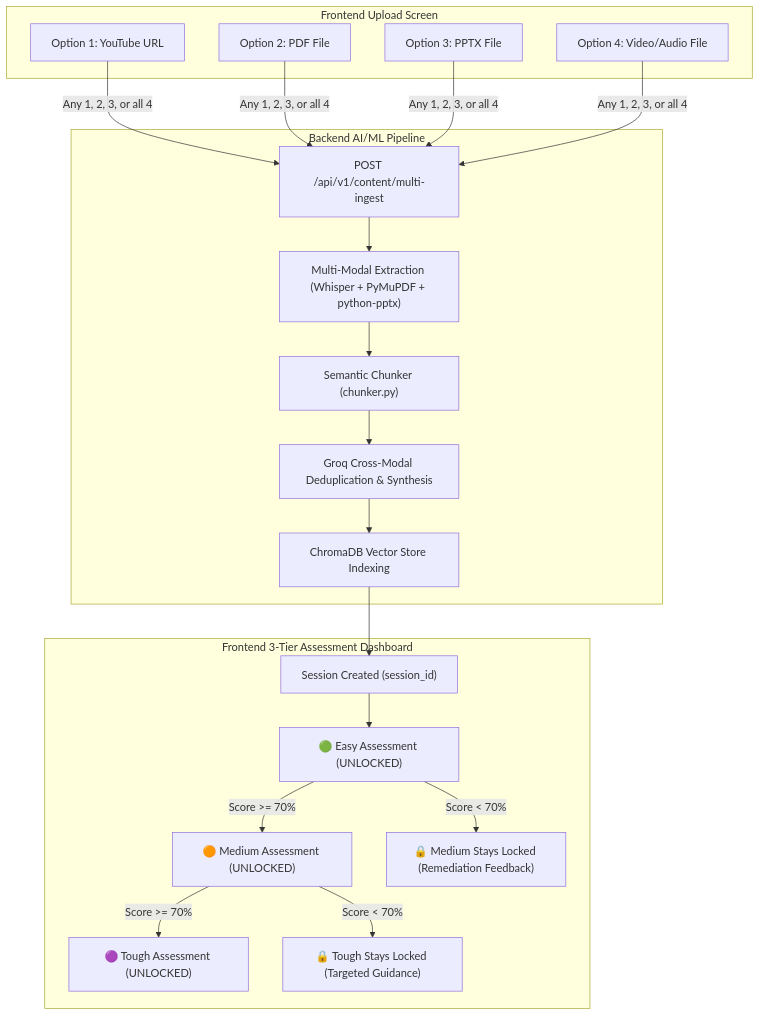
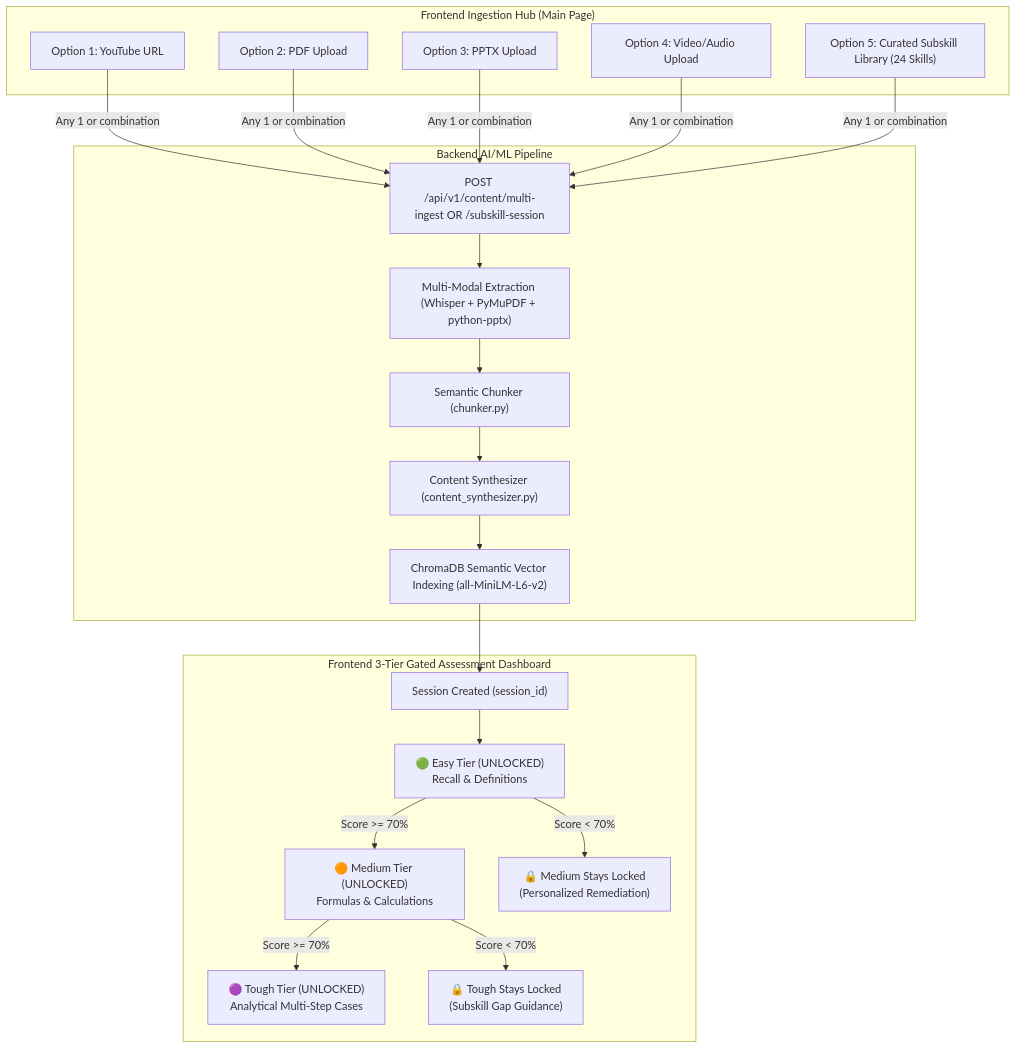
One commit to ankit-choubey/GyanSetu_V1 changed the diagram in DEVRAJ_FRONTEND_INTEGRATION_GUIDE.md. Above: the diagram before and after it, drawn with Mermaid. The commit also changed other lines of this file and 1 other file, not shown here.

Commit message:
docs: add 24 subskills library to frontend guide and create backend integration guide for Ankit

````diff
--- a/DEVRAJ_FRONTEND_INTEGRATION_GUIDE.md
+++ b/DEVRAJ_FRONTEND_INTEGRATION_GUIDE.md
@@ -24,28 +31,29 @@
 ```mermaid
 flowchart TD
-    subgraph UI ["Frontend Upload Screen"]
+    subgraph UI ["Frontend Ingestion Hub (Main Page)"]
         U1["Option 1: YouTube URL"]
-        U2["Option 2: PDF File"]
-        U3["Option 3: PPTX File"]
-        U4["Option 4: Video/Audio File"]
+        U2["Option 2: PDF Upload"]
+        U3["Option 3: PPTX Upload"]
+        U4["Option 4: Video/Audio Upload"]
+        U5["Option 5: Curated Subskill Library (24 Skills)"]
     end
 
-    U1 & U2 & U3 & U4 -->|"Any 1, 2, 3, or all 4"| INGEST["POST /api/v1/content/multi-ingest"]
+    U1 & U2 & U3 & U4 & U5 -->|"Any 1 or combination"| INGEST["POST /api/v1/content/multi-ingest OR /subskill-session"]
 
     subgraph BACKEND ["Backend AI/ML Pipeline"]
         INGEST --> PARSE["Multi-Modal Extraction (Whisper + PyMuPDF + python-pptx)"]
         PARSE --> CHUNK["Semantic Chunker (chunker.py)"]
-        CHUNK --> SYNTH["Groq Cross-Modal Deduplication & Synthesis"]
-        SYNTH --> VEC["ChromaDB Vector Store Indexing"]
+        CHUNK --> SYNTH["Content Synthesizer (content_synthesizer.py)"]
+        SYNTH --> VEC["ChromaDB Semantic Vector Indexing (all-MiniLM-L6-v2)"]
     end
 
     VEC --> SESS["Session Created (session_id)"]
 
-    subgraph ASSESSMENT ["Frontend 3-Tier Assessment Dashboard"]
-        SESS --> B1["🟢 Easy Assessment (UNLOCKED)"]
-        B1 -->|"Score >= 70%"| B2["🟠 Medium Assessment (UNLOCKED)"]
-        B1 -->|"Score < 70%"| L1["🔒 Medium Stays Locked (Remediation Feedback)"]
-        B2 -->|"Score >= 70%"| B3["🟣 Tough Assessment (UNLOCKED)"]
-        B2 -->|"Score < 70%"| L2["🔒 Tough Stays Locked (Targeted Guidance)"]
+    subgraph ASSESSMENT ["Frontend 3-Tier Gated Assessment Dashboard"]
+        SESS --> B1["🟢 Easy Tier (UNLOCKED)\nRecall & Definitions"]
+        B1 -->|"Score >= 70%"| B2["🟠 Medium Tier (UNLOCKED)\nFormulas & Calculations"]
+        B1 -->|"Score < 70%"| L1["🔒 Medium Stays Locked\n(Personalized Remediation)"]
+        B2 -->|"Score >= 70%"| B3["🟣 Tough Tier (UNLOCKED)\nAnalytical Multi-Step Cases"]
+        B2 -->|"Score < 70%"| L2["🔒 Tough Stays Locked\n(Subskill Gap Guidance)"]
     end
 ```
````
